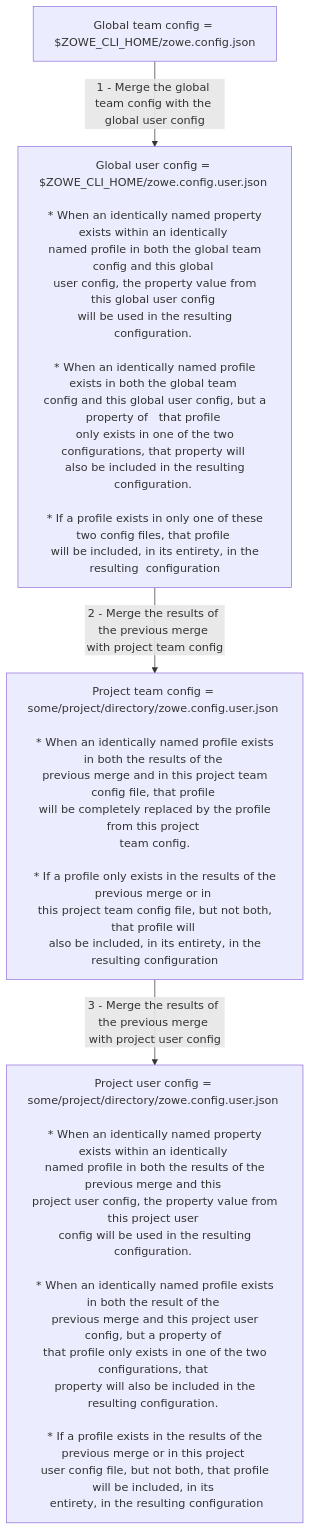
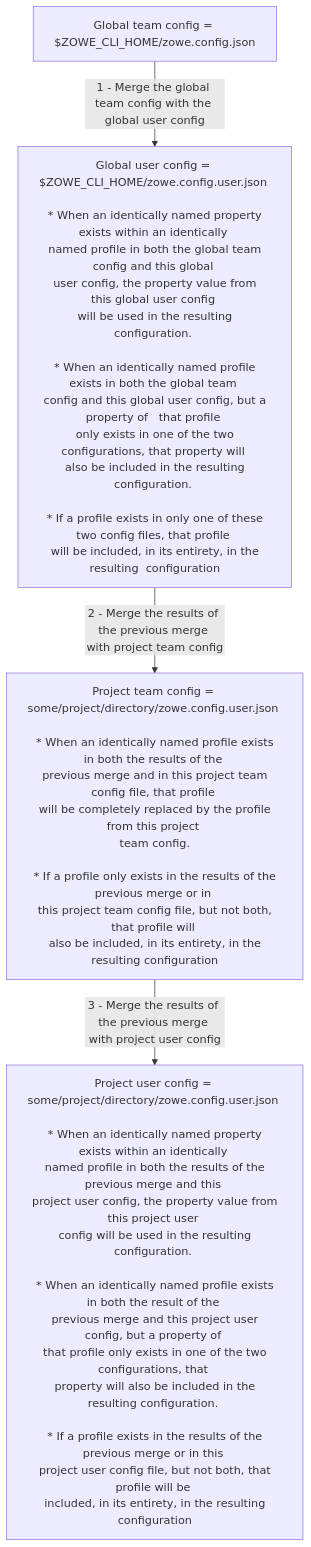
One commit to zowe/zowe-cli changed the diagram in docs/How_config_files_are_merged.md. Above: the diagram before and after it, drawn with Mermaid. The commit also changed other lines of this file, not shown here.

````diff
--- a/docs/How_config_files_are_merged.md
+++ b/docs/How_config_files_are_merged.md
@@ -25,14 +44,14 @@
 ```mermaid
 flowchart TB
     globTeam[Global team config = $ZOWE_CLI_HOME/zowe.config.json]
       -- 1 - Merge the global team config with the global user config
       --> globUser[Global user config = $ZOWE_CLI_HOME/zowe.config.user.json \n\n * When an identically named property exists within an identically \n named profile in both the global team config and this global \n user config, the property value from this global user config \n will be used in the resulting configuration. \n\n * When an identically named profile exists in both the global team \n config and this global user config, but a property of   that profile \n only exists in one of the two configurations, that property will \n also be included in the resulting configuration. \n\n * If a profile exists in only one of these two config files, that profile \n will be included, in its entirety, in the resulting  configuration]
 
     globUser
       -- 2 - Merge the results of the previous merge with project team config
       --> projTeam[Project team config = some/project/directory/zowe.config.user.json \n\n * When an identically named profile exists in both the results of the \n previous merge and in this project team config file, that profile \n will be completely replaced by the profile from this project \n team config. \n\n * If a profile only exists in the results of the previous merge or in \n this project team config file, but not both, that profile will \n also be included, in its entirety, in the resulting configuration]
 
     projTeam
       -- 3 - Merge the results of the previous merge with project user config
-      --> projUser[Project user config = some/project/directory/zowe.config.user.json \n\n * When an identically named property exists within an identically \n named profile in both the results of the previous merge and this \n project user config, the property value from this project user \n config will be used in the resulting configuration. \n\n * When an identically named profile exists in both the result of the \n previous merge and this project user config, but a property of \n that profile only exists in one of the two configurations, that \n property will also be included in the resulting configuration. \n\n * If a profile exists in the results of the previous merge or in this project \n user config file, but not both, that profile will be included, in its \n entirety, in the resulting configuration]
+      --> projUser[Project user config = some/project/directory/zowe.config.user.json \n\n * When an identically named property exists within an identically \n named profile in both the results of the previous merge and this \n project user config, the property value from this project user \n config will be used in the resulting configuration. \n\n * When an identically named profile exists in both the result of the \n previous merge and this project user config, but a property of \n that profile only exists in one of the two configurations, that \n property will also be included in the resulting configuration. \n\n * If a profile exists in the results of the previous merge or in this \n project user config file, but not both, that profile will be \n included, in its entirety, in the resulting configuration]
 ```
````
